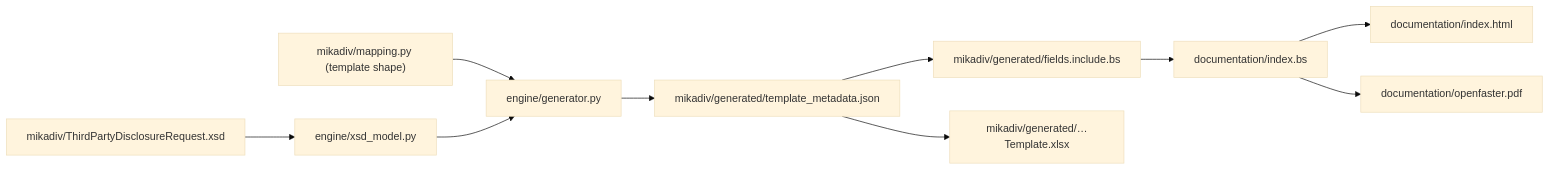
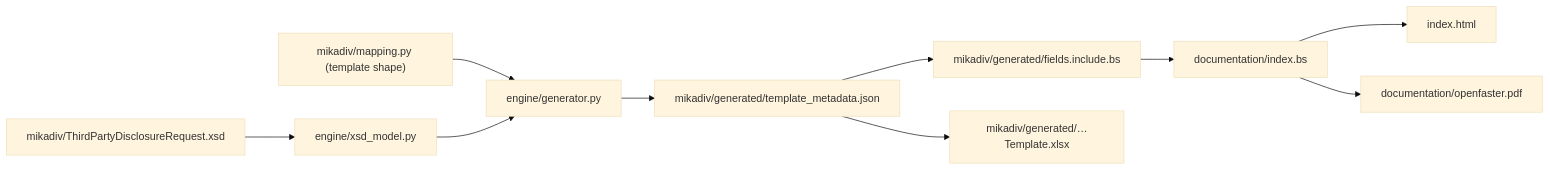
Before and after one commit to OpenFASTER-Standard/spec: the diagram in README.md, drawn with Mermaid (base theme). The commit also changed other lines of this file and 3 other files, not shown here.

Commit message:
feat: update Dockerfile and README for new index.html generation and remove old rewrites

````diff
--- a/README.md
+++ b/README.md
@@ -54,12 +55,12 @@
 ```mermaid
 flowchart LR
   xsd["mikadiv/ThirdPartyDisclosureRequest.xsd"] --> model["engine/xsd_model.py"]
   map["mikadiv/mapping.py (template shape)"] --> gen["engine/generator.py"]
   model --> gen
   gen --> meta["mikadiv/generated/template_metadata.json"]
   meta --> incl["mikadiv/generated/fields.include.bs"]
   incl --> bs["documentation/index.bs"]
-  bs --> html["documentation/index.html"]
+  bs --> html["index.html"]
   bs --> pdf["documentation/openfaster.pdf"]
   meta --> xlsx["mikadiv/generated/…Template.xlsx"]
 ```
````
